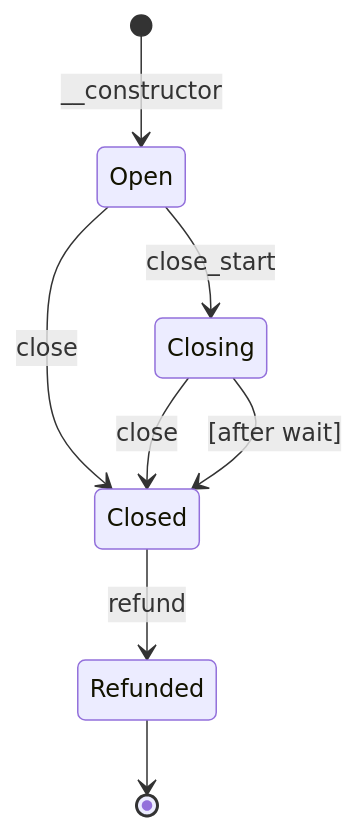
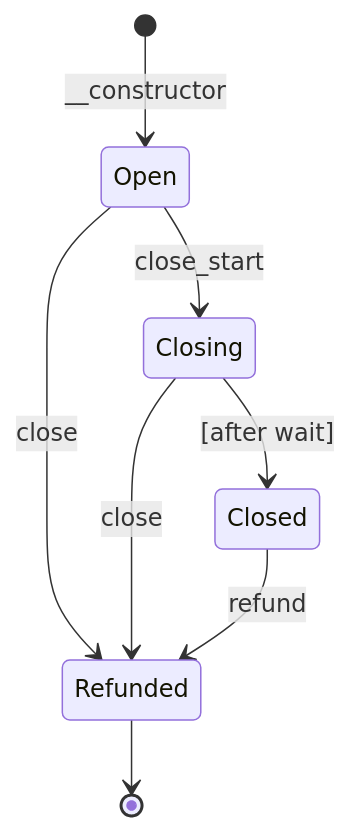
Before and after one commit to mpprouter/one-way-channel: the diagram in README.md, drawn with Mermaid. The commit also changed other lines of this file and 32 other files, not shown here.

````diff
--- a/README.md
+++ b/README.md
@@ -48,10 +48,10 @@
 ```mermaid
 stateDiagram-v2
     [*] --> Open: __constructor
-    Open --> Closed: close
+    Open --> Refunded: close
     Open --> Closing: close_start
-    Closing --> Closed: close
+    Closing --> Refunded: close
     Closing --> Closed: [after wait]
     Closed --> Refunded: refund
     Refunded --> [*]
 ```
````
